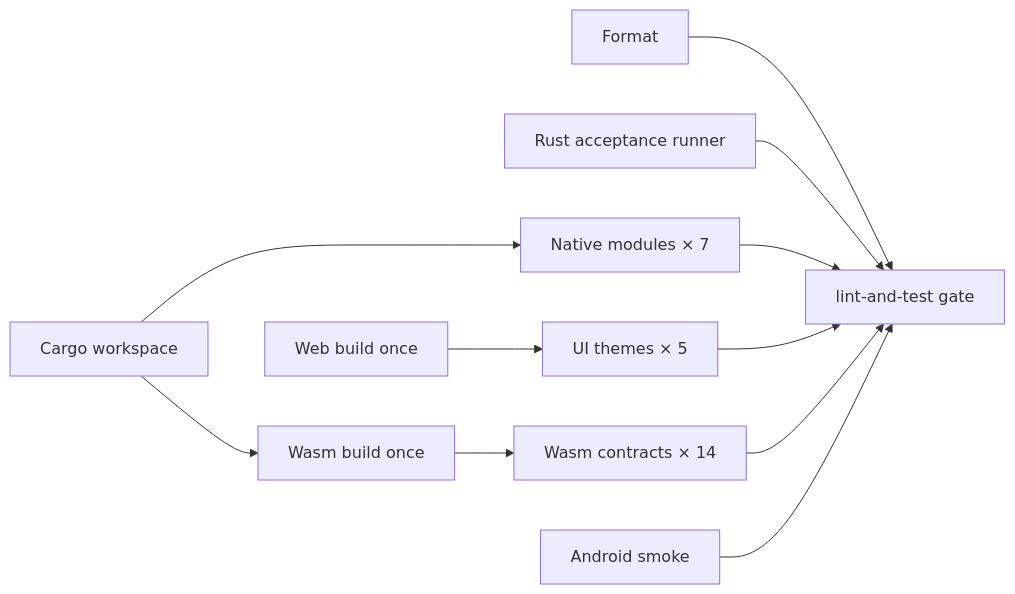
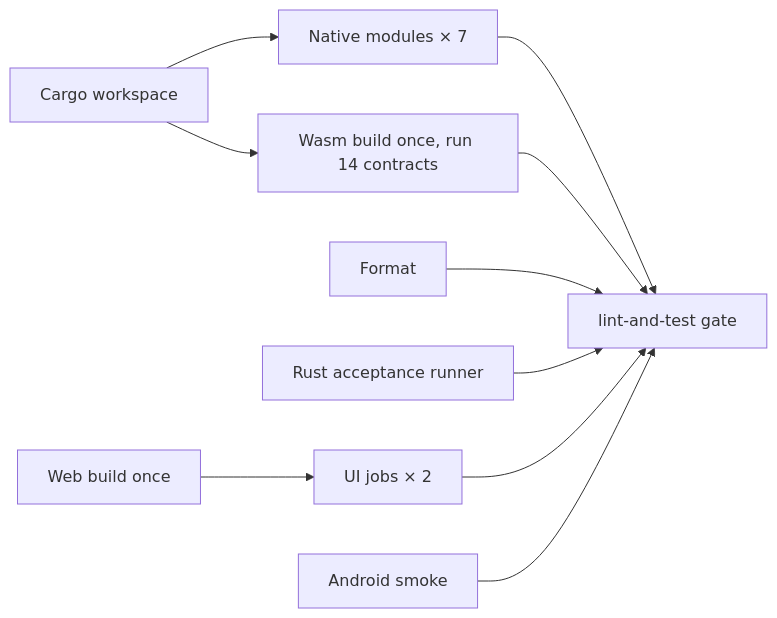
Before and after one commit to Develata/RSS-Reader: the diagram in docs/testing/mainline-validation-matrix.md, drawn with Mermaid. The commit also changed other lines of this file and 6 other files, not shown here.

````diff
--- a/docs/testing/mainline-validation-matrix.md
+++ b/docs/testing/mainline-validation-matrix.md
@@ -48,13 +47,12 @@
 ```mermaid
 flowchart LR
   W[Cargo workspace] --> N[Native modules × 7]
-  B[Web build once] --> U[UI themes × 5]
+  B[Web build once] --> U[UI jobs × 2]
   F[Format] --> G[lint-and-test gate]
   T[Rust acceptance runner] --> G
   N --> G
   U --> G
-  W --> CB[Wasm build once]
-  CB --> C[Wasm contracts × 14]
+  W --> C[Wasm build once, run 14 contracts]
   C --> G
   A[Android smoke] --> G
 ```
````
